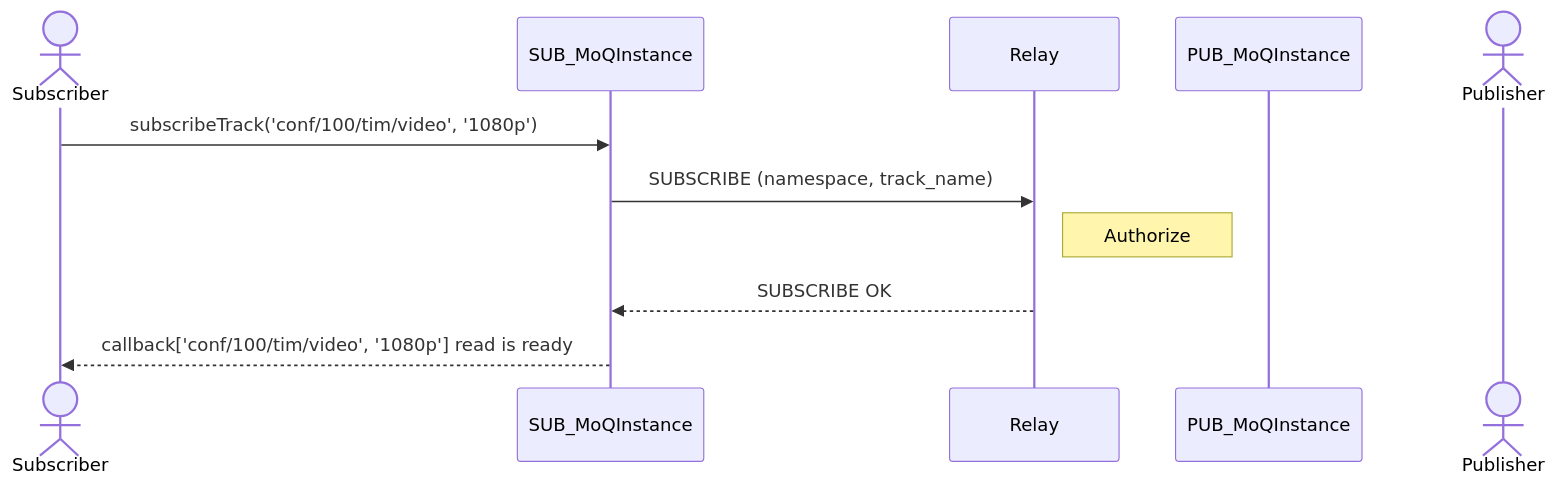
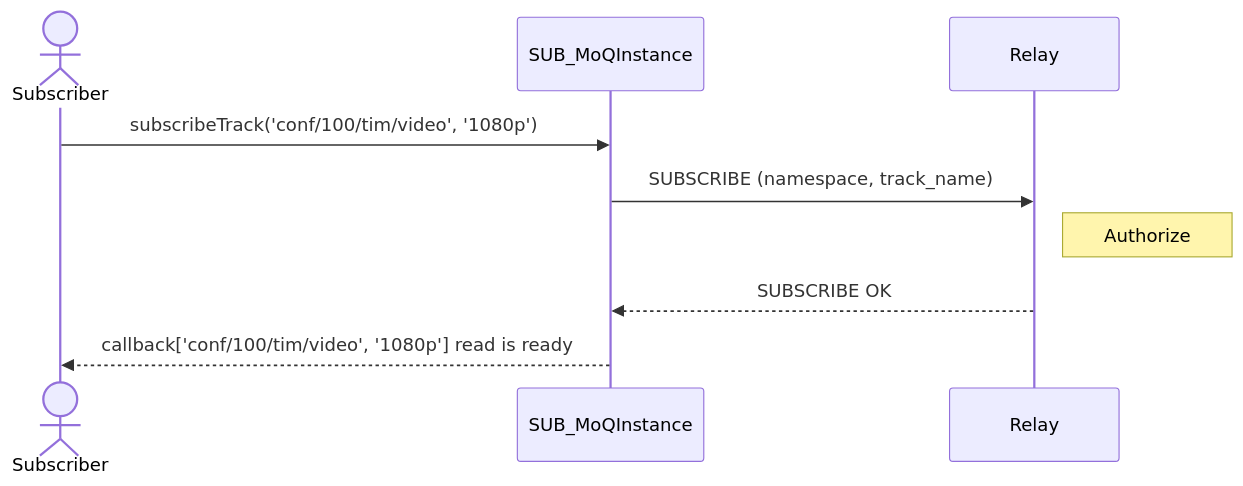
One commit to Quicr/libquicr changed the second of 2 diagrams in docs/moq-implementation.md. Above: the diagram before and after it, drawn with Mermaid.

````diff
--- a/docs/moq-implementation.md
+++ b/docs/moq-implementation.md
@@ -119,15 +119,13 @@
 ```mermaid
 sequenceDiagram
     actor S as Subscriber
     participant SI as SUB_MoQInstance
     participant R as Relay
-    participant PI as PUB_MoQInstance
-    actor P as Publisher
     
     S->>SI: subscribeTrack('conf/100/tim/video', '1080p')
     SI->>R: SUBSCRIBE (namespace, track_name)
     Note right of R: Authorize
     R-->>SI: SUBSCRIBE OK
     
     SI-->>S: callback['conf/100/tim/video', '1080p'] read is ready
 ```
````
